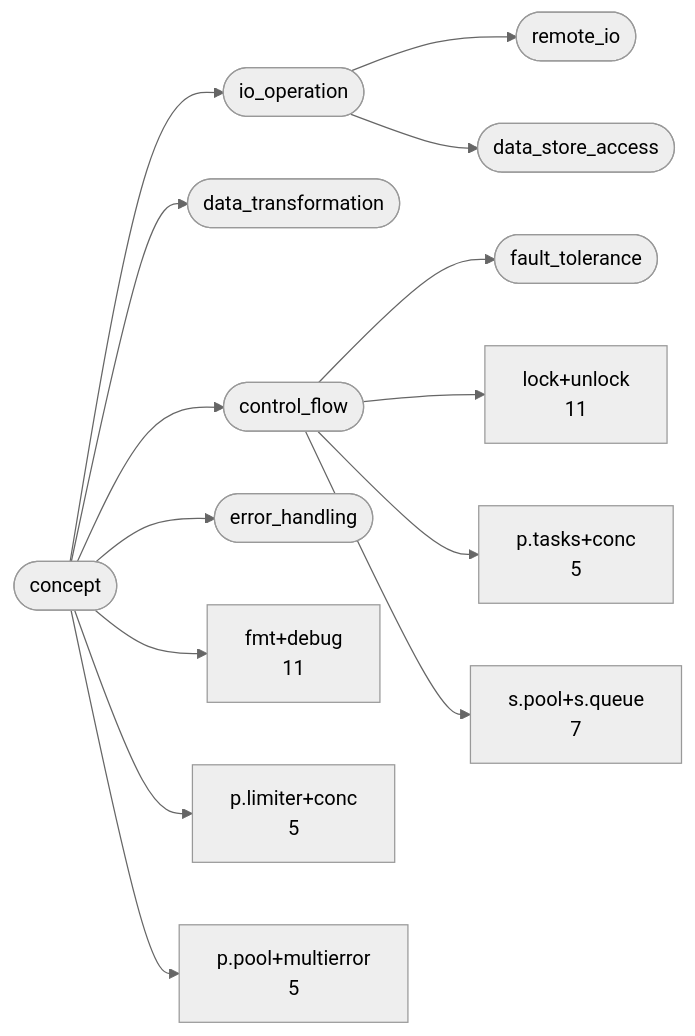
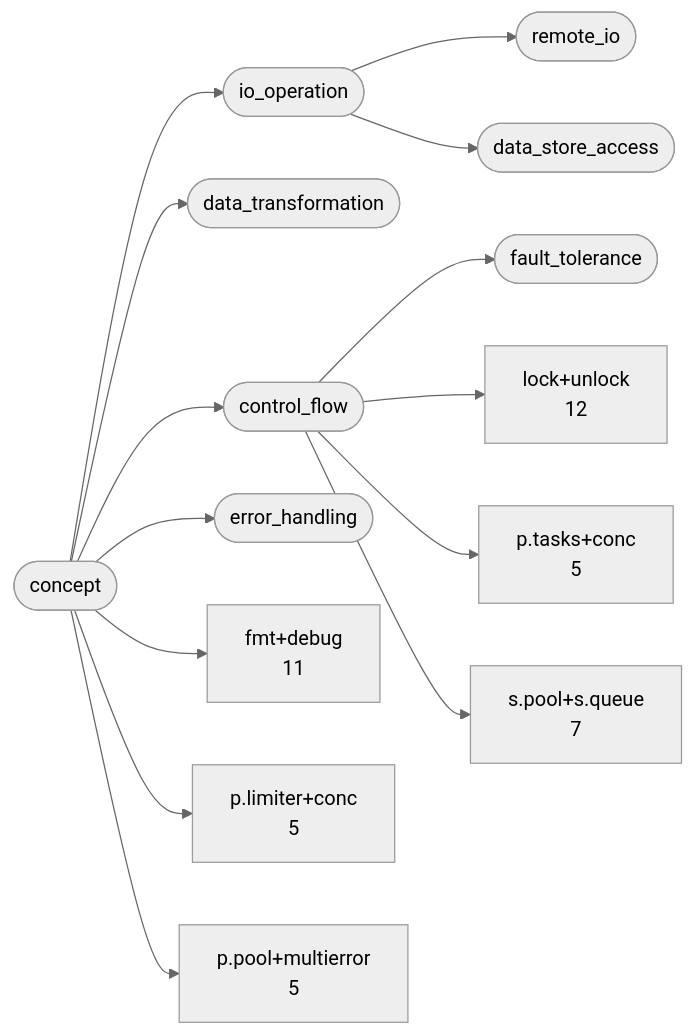
The first of 3 diagrams in examples/conc.md (LukasSelin/doppel), drawn with Mermaid (neutral theme) before and after one commit. The commit also changed other lines of this file and 9 other files, not shown here.

````diff
--- a/examples/conc.md
+++ b/examples/conc.md
@@ -54,30 +54,30 @@
 ```mermaid
 flowchart LR
     c0(["concept"])
     c1(["io_operation"])
     c2(["remote_io"])
     c3(["data_store_access"])
     c4(["data_transformation"])
     c5(["control_flow"])
     c6(["fault_tolerance"])
     c7(["error_handling"])
     c8["fmt+debug<br/>11"]
-    c9["lock+unlock<br/>11"]
+    c9["lock+unlock<br/>12"]
     c10["p.limiter+conc<br/>5"]
     c11["p.pool+multierror<br/>5"]
     c12["p.tasks+conc<br/>5"]
     c13["s.pool+s.queue<br/>7"]
     c0 --> c1
     c1 --> c2
     c1 --> c3
     c0 --> c4
     c0 --> c5
     c5 --> c6
     c0 --> c7
     c0 --> c8
     c5 --> c9
     c0 --> c10
     c0 --> c11
     c5 --> c12
     c5 --> c13
 ```
````
